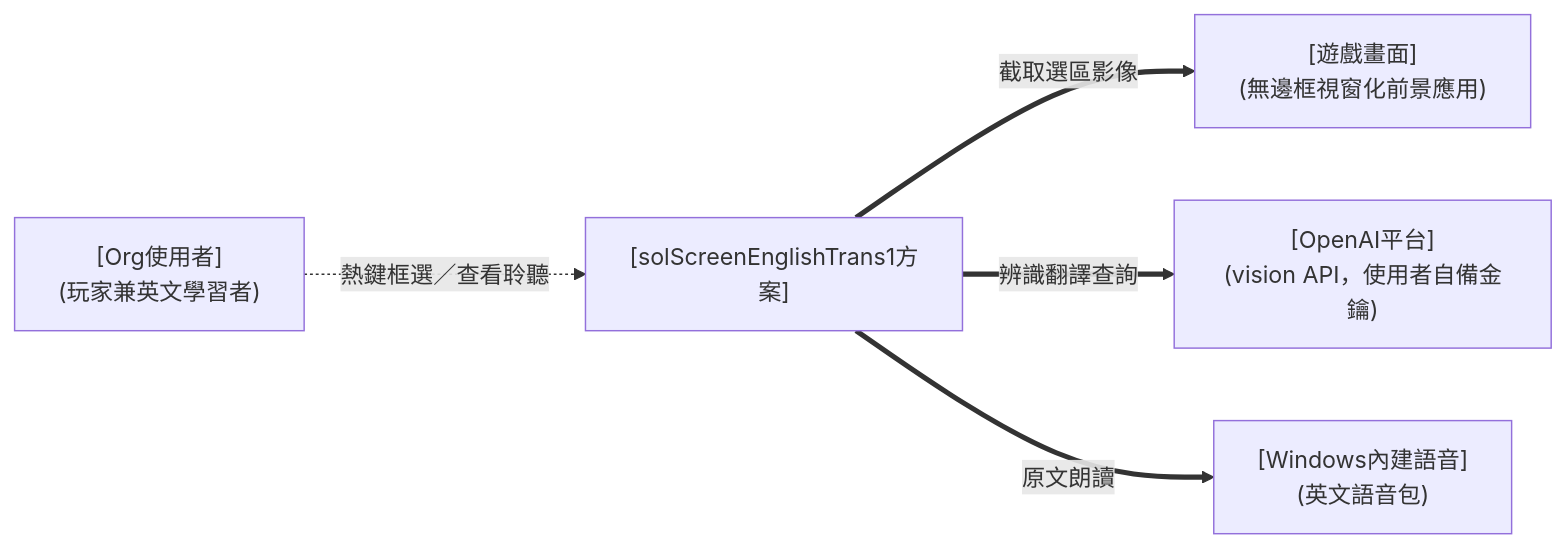
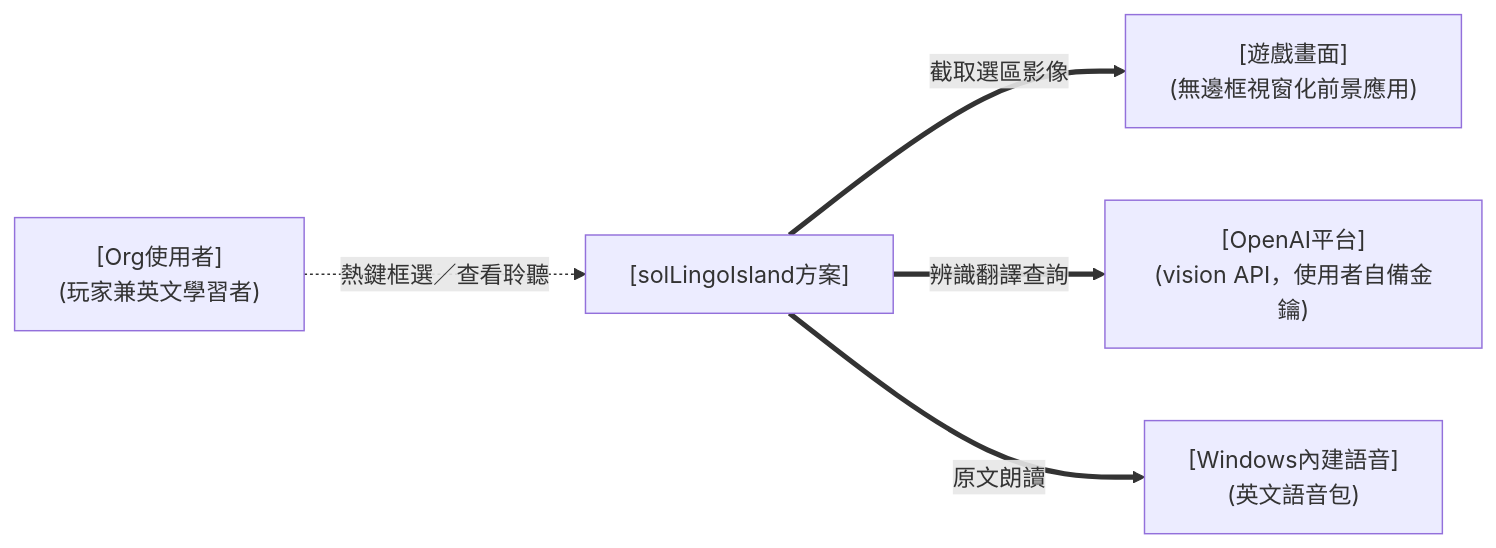
Before and after one commit to twStellerWhale-Ocean2/solScreenEnglishTrans1: the first of 6 diagrams in docs/design.md, drawn with Mermaid. The commit also changed other lines of this file and 214 other files, not shown here.

First line of the commit message:
chore(rename): 全 repo 改名 solLingoIsland（ScreenTrans→LingoIsland 內部方案名＋%APPDATA% 一次性遷移） (#141)

````diff
--- a/docs/design.md
+++ b/docs/design.md
@@ -30,14 +30,14 @@
 ```mermaid
 flowchart LR
 
 USR["[Org使用者]<br/>(玩家兼英文學習者)"]
 GAME["[遊戲畫面]<br/>(無邊框視窗化前景應用)"]
-SOL["[solScreenEnglishTrans1方案]"]
+SOL["[solLingoIsland方案]"]
 OPENAI["[OpenAI平台]<br/>(vision API，使用者自備金鑰)"]
 SPEECH["[Windows內建語音]<br/>(英文語音包)"]
 
 USR -.->|"熱鍵框選／查看聆聽"| SOL
 SOL ==>|"截取選區影像"| GAME
 SOL ==>|"辨識翻譯查詢"| OPENAI
 SOL ==>|"原文朗讀"| SPEECH
 ```
````
